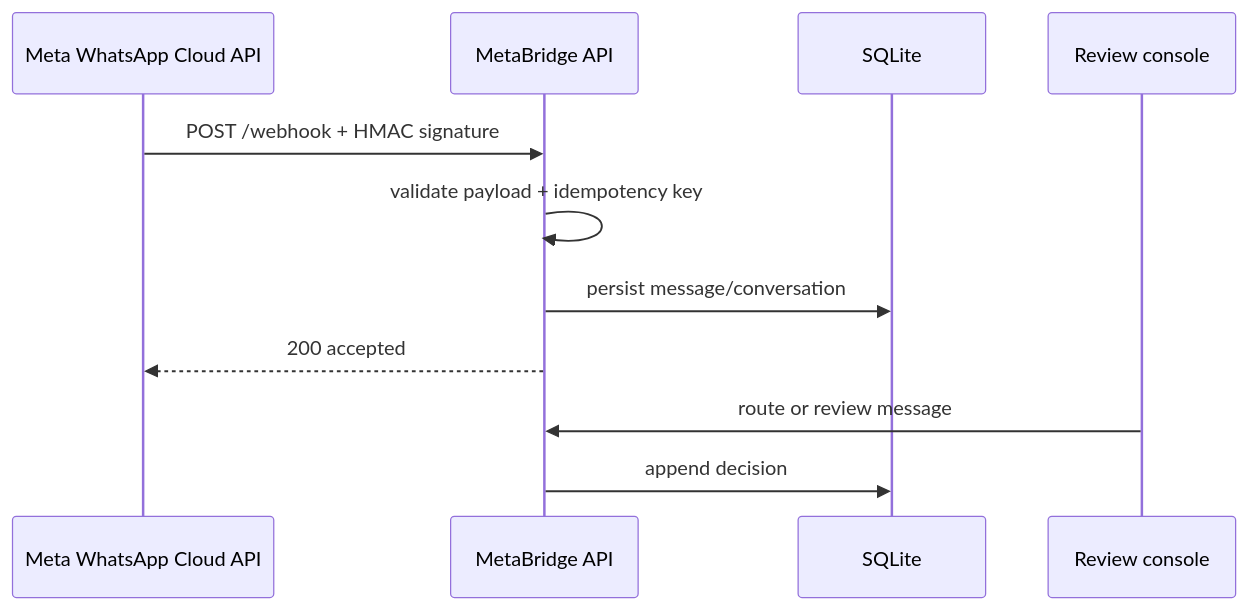
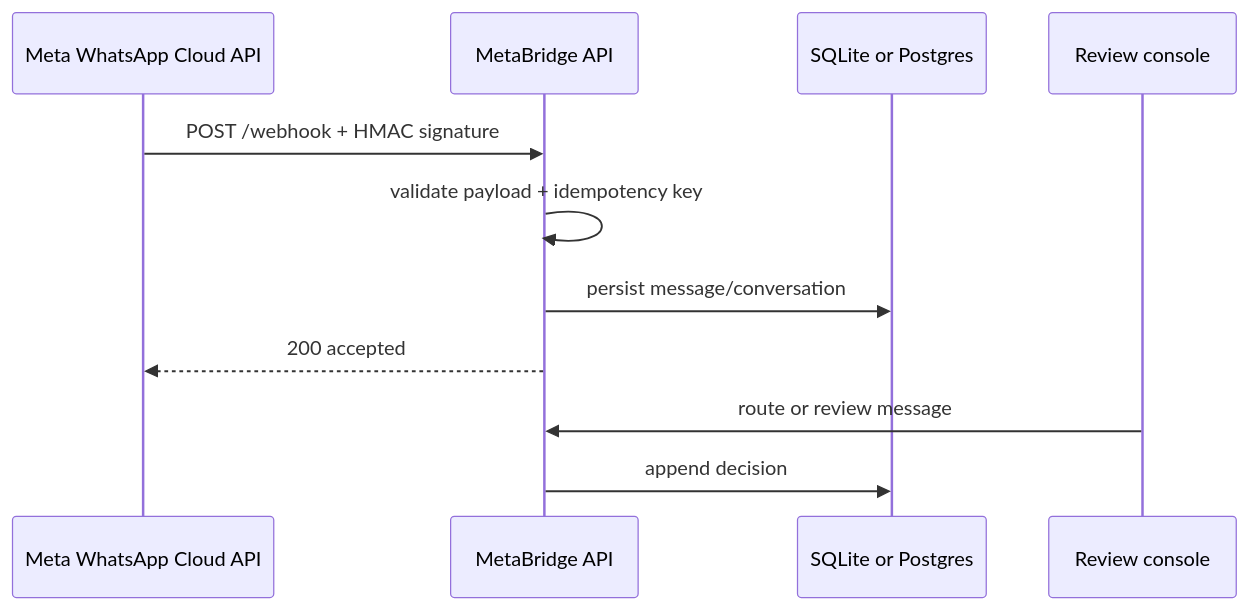
Before and after one commit to Rohinth-S/metabridge-whatsapp-inbox: the diagram in README.md, drawn with Mermaid. The commit also changed other lines of this file and 6 other files, not shown here.

````diff
--- a/README.md
+++ b/README.md
@@ -7,13 +7,13 @@
 ```mermaid
 sequenceDiagram
   participant Meta as Meta WhatsApp Cloud API
   participant API as MetaBridge API
-  participant Store as SQLite
+  participant Store as SQLite or Postgres
   participant Admin as Review console
   Meta->>API: POST /webhook + HMAC signature
   API->>API: validate payload + idempotency key
   API->>Store: persist message/conversation
   API-->>Meta: 200 accepted
   Admin->>API: route or review message
   API->>Store: append decision
 ```
````
